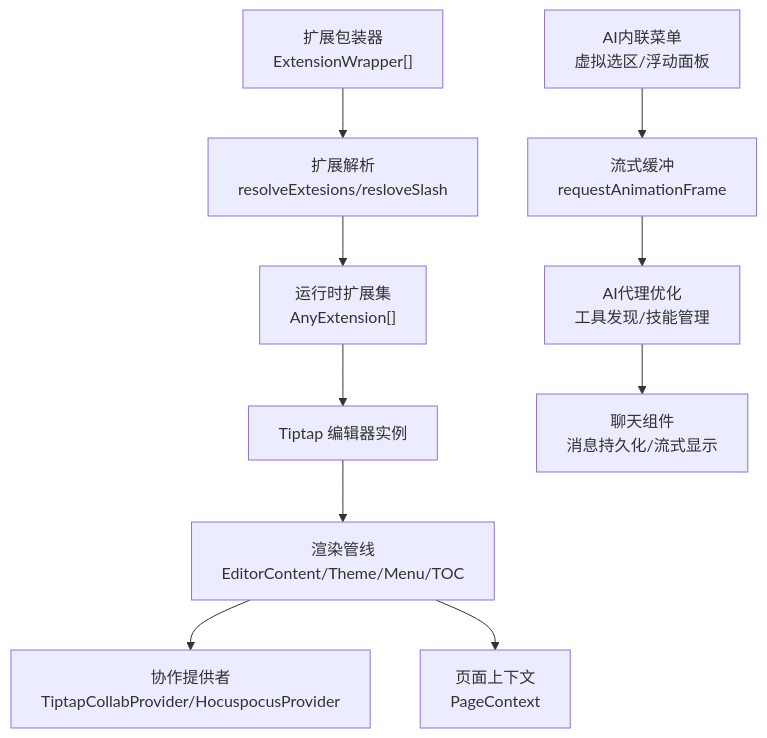
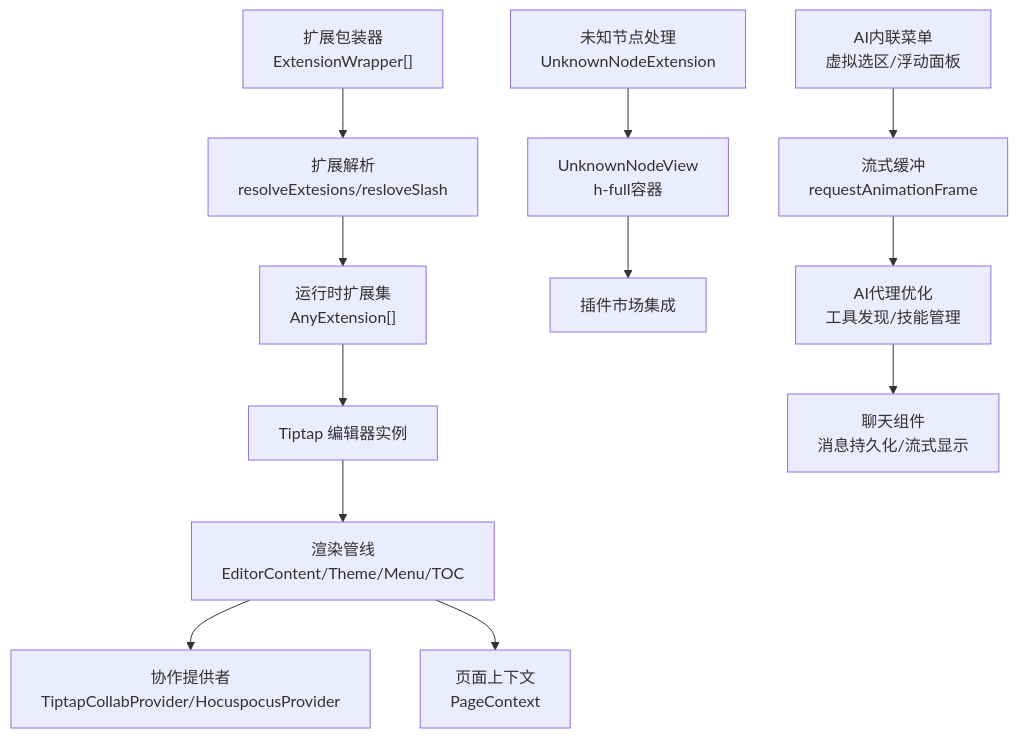
The second of 12 diagrams in .qoder/repowiki/zh/content/架构设计/编辑器内核架构/编辑器内核架构.md (LRF0422/Kotion), drawn with Mermaid before and after one commit. The commit also changed other lines of this file and 23 other files, not shown here.

````diff
--- a/.qoder/repowiki/zh/content/架构设计/编辑器内核架构/编辑器内核架构.md
+++ b/.qoder/repowiki/zh/content/架构设计/编辑器内核架构/编辑器内核架构.md
@@ -217,12 +232,14 @@
 ```mermaid
 graph TB
 EXTWRAP["扩展包装器<br/>ExtensionWrapper[]"] --> RESOLVE["扩展解析<br/>resolveExtesions/resloveSlash"]
 RESOLVE --> RUNTIME["运行时扩展集<br/>AnyExtension[]"]
 RUNTIME --> EDITOR["Tiptap 编辑器实例"]
 EDITOR --> RENDER["渲染管线<br/>EditorContent/Theme/Menu/TOC"]
 RENDER --> PROVIDER["协作提供者<br/>TiptapCollabProvider/HocuspocusProvider"]
 RENDER --> CONTEXT["页面上下文<br/>PageContext"]
+UNKNOWNE["未知节点处理<br/>UnknownNodeExtension"] --> UNKNOWNV["UnknownNodeView<br/>h-full容器"]
+UNKNOWNV --> MARKET["插件市场集成"]
 AIINLINE["AI内联菜单<br/>虚拟选区/浮动面板"] --> STREAMBUF["流式缓冲<br/>requestAnimationFrame"]
 STREAMBUF --> AGENTOPT["AI代理优化<br/>工具发现/技能管理"]
 AGENTOPT --> CHAT["聊天组件<br/>消息持久化/流式显示"]
 ```
````
